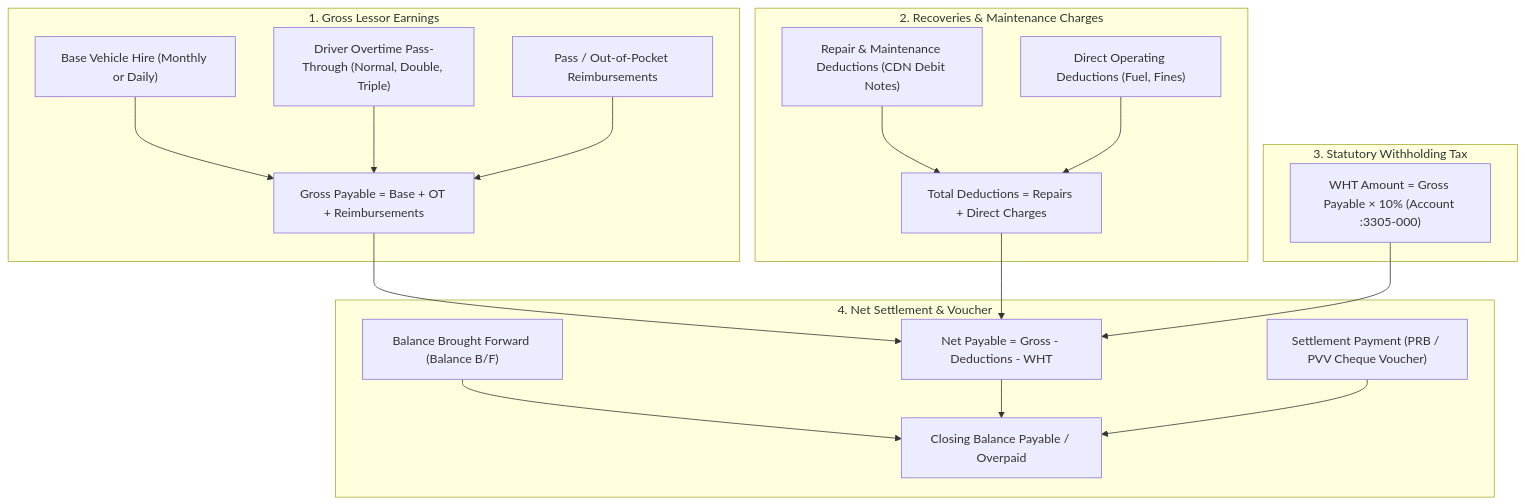
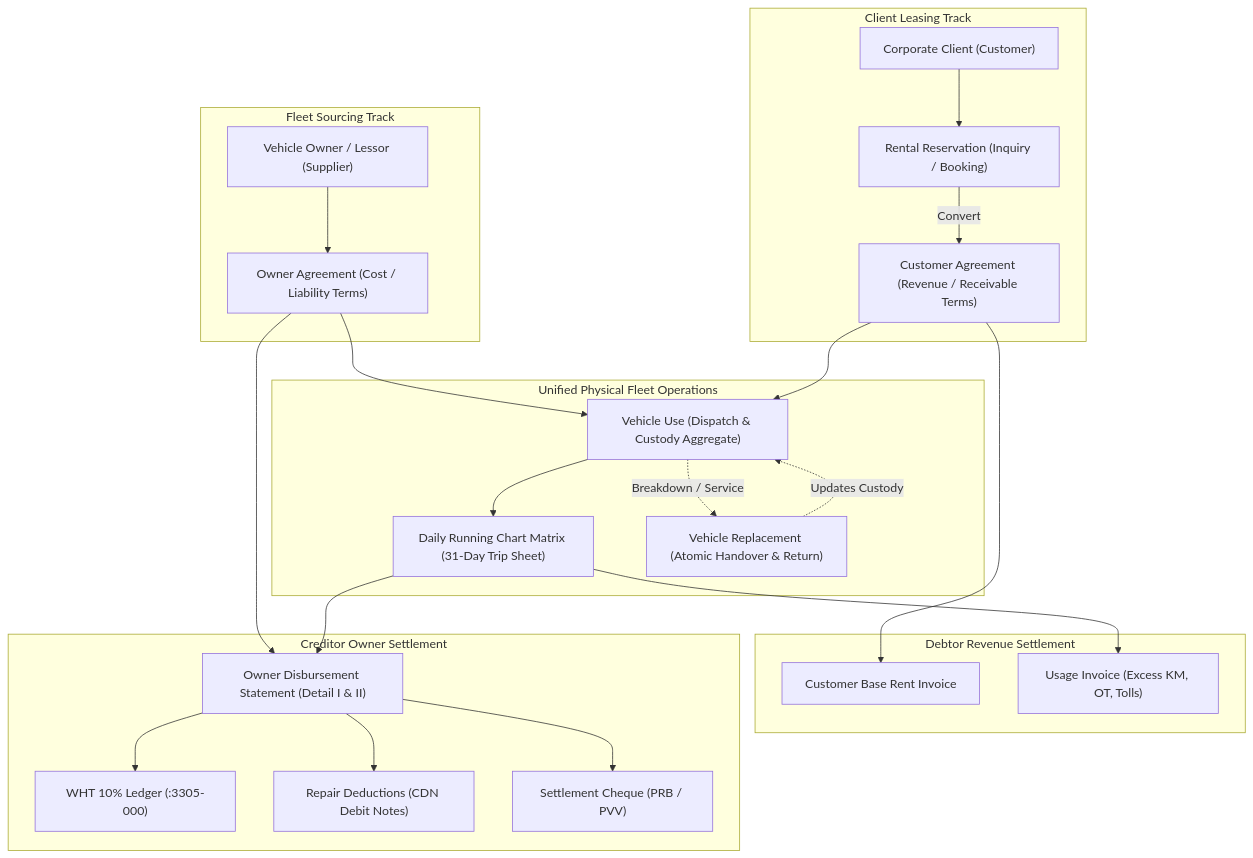
Before and after one commit to kasunvimarshana/AutoERP: the third of 4 diagrams in docs/knowledgebase.md, drawn with Mermaid. The commit also changed other lines of this file and 1 other file, not shown here.

Commit message:
docs: rewrite canonical enterprise knowledge base for entire AutoERP system

````diff
--- a/docs/knowledgebase.md
+++ b/docs/knowledgebase.md
@@ -364,38 +259,46 @@
 ```mermaid
 flowchart TD
-    subgraph Credits["1. Gross Lessor Earnings"]
-        BASE["Base Vehicle Hire (Monthly or Daily)"]
-        OT["Driver Overtime Pass-Through (Normal, Double, Triple)"]
-        TOLL["Pass / Out-of-Pocket Reimbursements"]
-        GROSS["Gross Payable = Base + OT + Reimbursements"]
-        BASE --> GROSS
-        OT --> GROSS
-        TOLL --> GROSS
+    subgraph Sourcing["Fleet Sourcing Track"]
+        LESSOR["Vehicle Owner / Lessor (Supplier)"]
+        OA["Owner Agreement (Cost / Liability Terms)"]
+        LESSOR --> OA
     end
 
-    subgraph Deductions["2. Recoveries & Maintenance Charges"]
-        REP["Repair & Maintenance Deductions (CDN Debit Notes)"]
-        DIR["Direct Operating Deductions (Fuel, Fines)"]
-        DED["Total Deductions = Repairs + Direct Charges"]
-        REP --> DED
-        DIR --> DED
+    subgraph ClientTrack["Client Leasing Track"]
+        LESSEE["Corporate Client (Customer)"]
+        RES["Rental Reservation (Inquiry / Booking)"]
+        CA["Customer Agreement (Revenue / Receivable Terms)"]
+        LESSEE --> RES
+        RES -->|Convert| CA
     end
 
-    subgraph Tax["3. Statutory Withholding Tax"]
-        WHT["WHT Amount = Gross Payable × 10% (Account :3305-000)"]
+    subgraph Operations["Unified Physical Fleet Operations"]
+        VU["Vehicle Use (Dispatch & Custody Aggregate)"]
+        RC["Daily Running Chart Matrix (31-Day Trip Sheet)"]
+        REP["Vehicle Replacement (Atomic Handover & Return)"]
+        OA --> VU
+        CA --> VU
+        VU --> RC
+        VU -.->|Breakdown / Service| REP
+        REP -.->|Updates Custody| VU
     end
 
-    subgraph Net["4. Net Settlement & Voucher"]
-        BF["Balance Brought Forward (Balance B/F)"]
-        NET["Net Payable = Gross - Deductions - WHT"]
-        CLOSE["Closing Balance Payable / Overpaid"]
-        VOUCHER["Settlement Payment (PRB / PVV Cheque Voucher)"]
-        
-        GROSS --> NET
-        DED --> NET
-        WHT --> NET
-        BF --> CLOSE
-        NET --> CLOSE
-        VOUCHER --> CLOSE
+    subgraph Billing["Debtor Revenue Settlement"]
+        BASE_INV["Customer Base Rent Invoice"]
+        USE_INV["Usage Invoice (Excess KM, OT, Tolls)"]
+        CA --> BASE_INV
+        RC --> USE_INV
+    end
+
+    subgraph Settlement["Creditor Owner Settlement"]
+        OWNER_VOUCH["Owner Disbursement Statement (Detail I & II)"]
+        WHT_LED["WHT 10% Ledger (:3305-000)"]
+        CDN_DED["Repair Deductions (CDN Debit Notes)"]
+        CHEQUE["Settlement Cheque (PRB / PVV)"]
+        OA --> OWNER_VOUCH
+        RC --> OWNER_VOUCH
+        OWNER_VOUCH --> WHT_LED
+        OWNER_VOUCH --> CDN_DED
+        OWNER_VOUCH --> CHEQUE
     end
 ```
````
